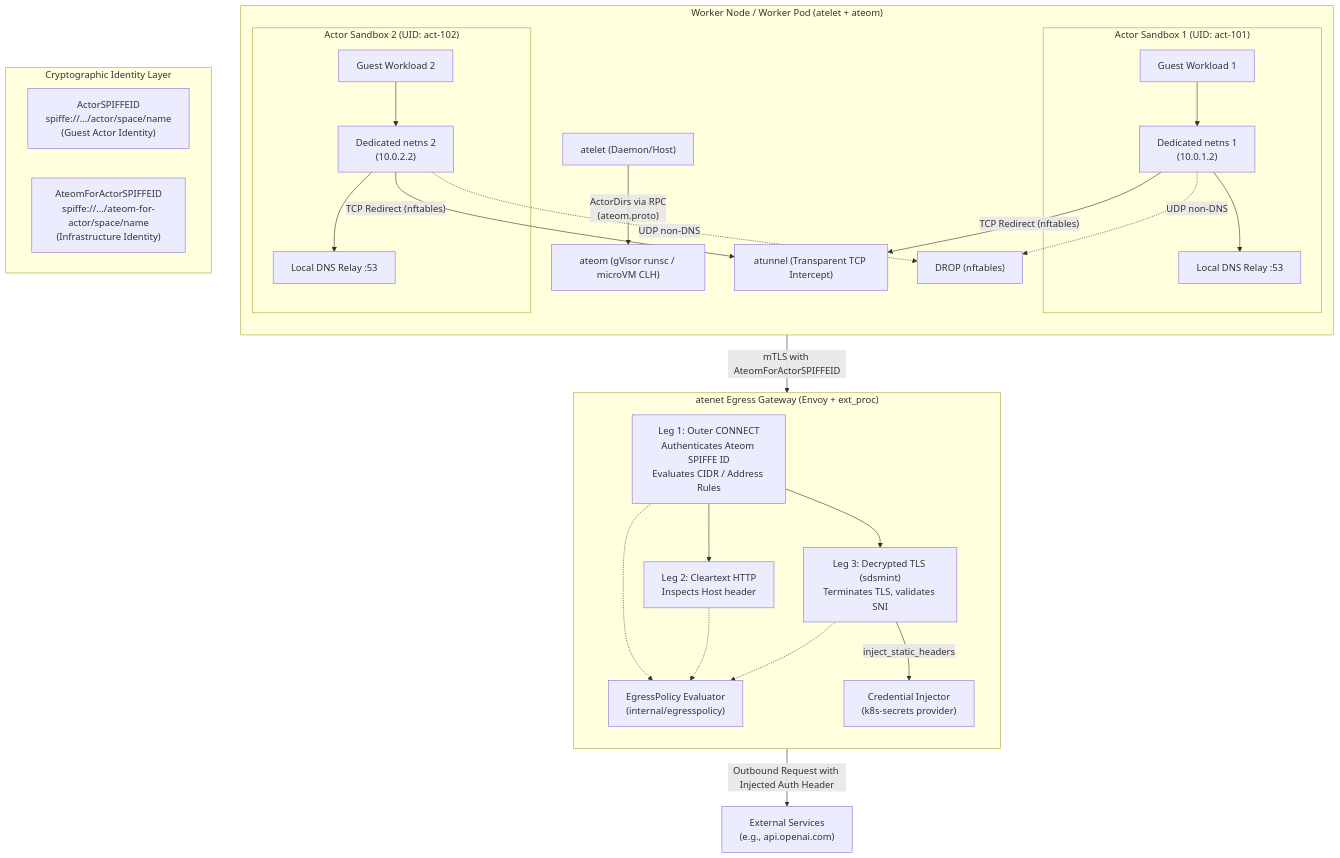
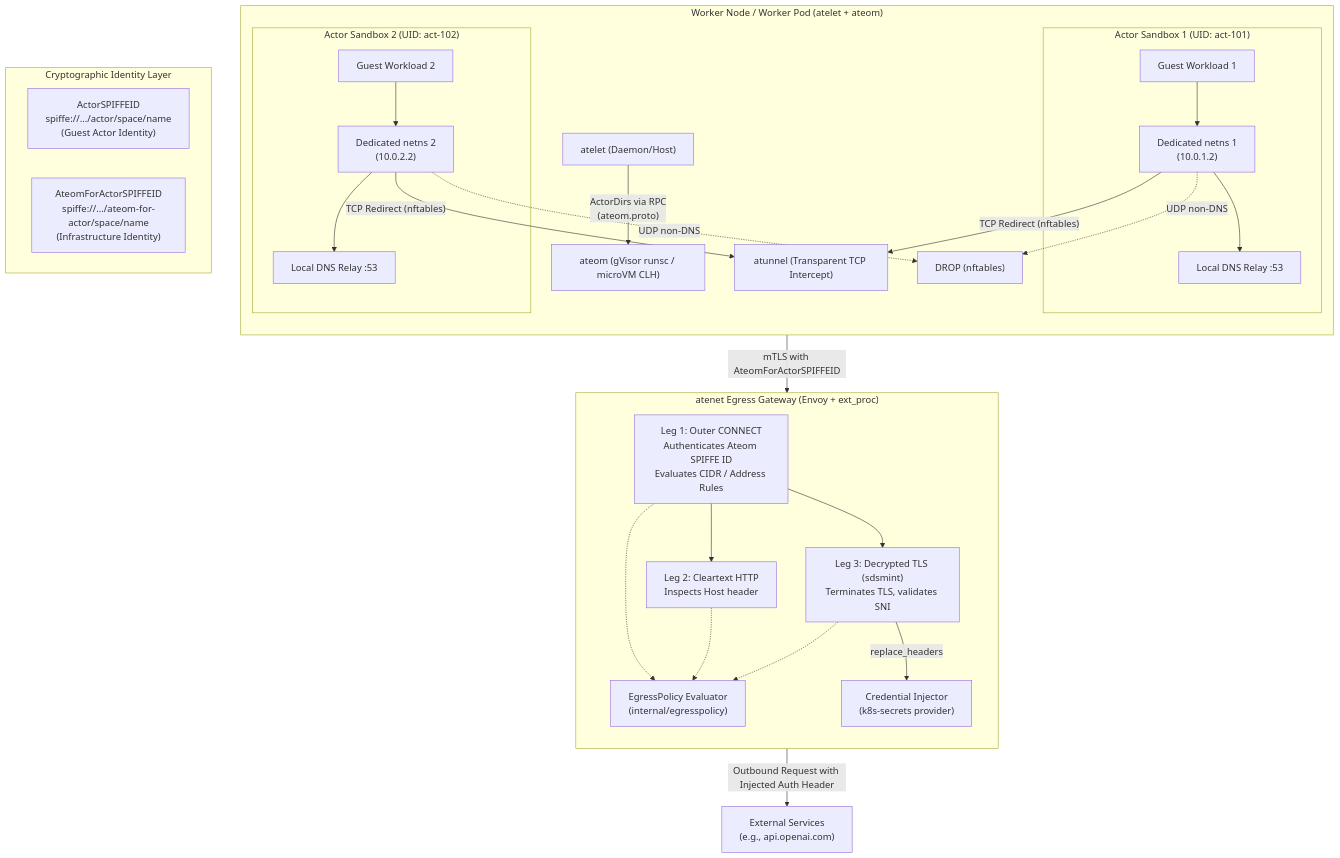
The diagram in docs-exploration/research/changes-in-the-last-2-weeks.md (barney-s/substrate), drawn with Mermaid before and after one commit. The commit also changed other lines of this file, not shown here.

````diff
--- a/docs-exploration/research/changes-in-the-last-2-weeks.md
+++ b/docs-exploration/research/changes-in-the-last-2-weeks.md
@@ -39,57 +40,57 @@
 ```mermaid
 graph TD
     subgraph K8s_Worker_Pod["Worker Node / Worker Pod (atelet + ateom)"]
         direction TB
         Atelet["atelet (Daemon/Host)"]
         Ateom["ateom (gVisor runsc / microVM CLH)"]
         
         Atelet -->|"ActorDirs via RPC<br/>(ateom.proto)"| Ateom
         
         subgraph Sandbox1["Actor Sandbox 1 (UID: act-101)"]
             App1["Guest Workload 1"]
             Netns1["Dedicated netns 1<br/>(10.0.1.2)"]
             DNS1["Local DNS Relay :53"]
             App1 --> Netns1
             Netns1 --> DNS1
         end
 
         subgraph Sandbox2["Actor Sandbox 2 (UID: act-102)"]
             App2["Guest Workload 2"]
             Netns2["Dedicated netns 2<br/>(10.0.2.2)"]
             DNS2["Local DNS Relay :53"]
             App2 --> Netns2
             Netns2 --> DNS2
         end
 
         Atunnel["atunnel (Transparent TCP Intercept)"]
         Netns1 -->|"TCP Redirect (nftables)"| Atunnel
         Netns2 -->|"TCP Redirect (nftables)"| Atunnel
         Netns1 -.->|"UDP non-DNS"| DropUDP["DROP (nftables)"]
         Netns2 -.->|"UDP non-DNS"| DropUDP
     end
 
     subgraph Security_Identities["Cryptographic Identity Layer"]
         ActorCert["ActorSPIFFEID<br/>spiffe://.../actor/space/name<br/>(Guest Actor Identity)"]
         AteomCert["AteomForActorSPIFFEID<br/>spiffe://.../ateom-for-actor/space/name<br/>(Infrastructure Identity)"]
     end
 
     Atunnel -->|"mTLS with AteomForActorSPIFFEID"| EgressGW
 
     subgraph EgressGW["atenet Egress Gateway (Envoy + ext_proc)"]
         direction TB
         OuterConn["Leg 1: Outer CONNECT<br/>Authenticates Ateom SPIFFE ID<br/>Evaluates CIDR / Address Rules"]
         
         OuterConn --> PlainHTTP["Leg 2: Cleartext HTTP<br/>Inspects Host header"]
         OuterConn --> MITM["Leg 3: Decrypted TLS (sdsmint)<br/>Terminates TLS, validates SNI"]
         
         PolicyEngine["EgressPolicy Evaluator<br/>(internal/egresspolicy)"]
         OuterConn -.-> PolicyEngine
         PlainHTTP -.-> PolicyEngine
         MITM -.-> PolicyEngine
         
         CredInject["Credential Injector<br/>(k8s-secrets provider)"]
-        MITM -->|"inject_static_headers"| CredInject
+        MITM -->|"replace_headers"| CredInject
     end
 
     CredInject -->|"Outbound Request with Injected Auth Header"| ExternalAPI["External Services<br/>(e.g., api.openai.com)"]
 ```
````
